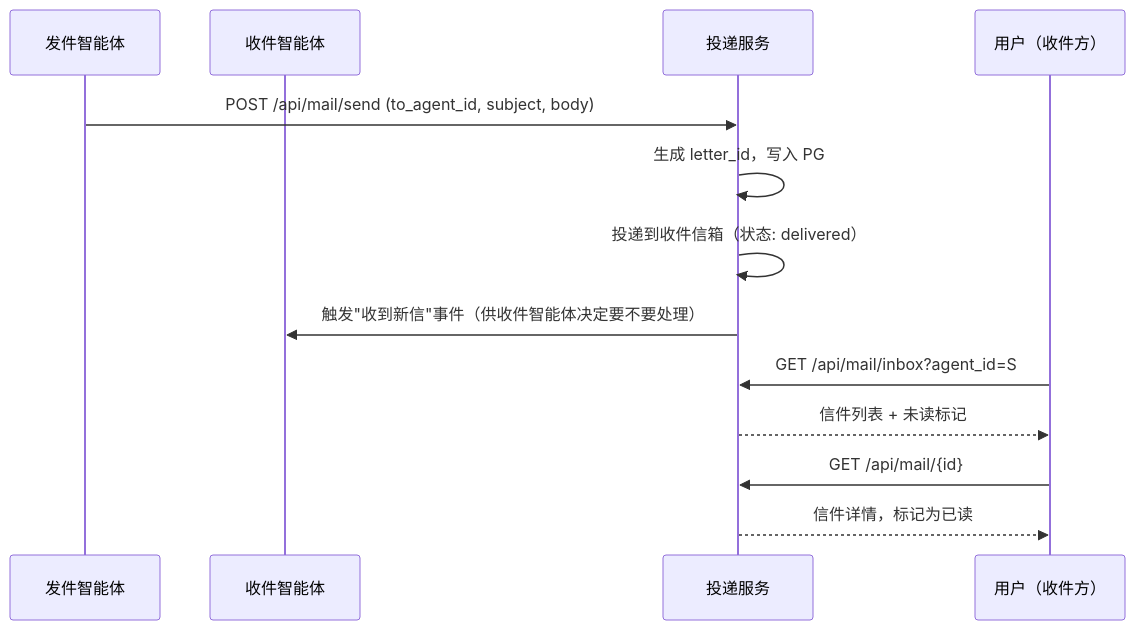
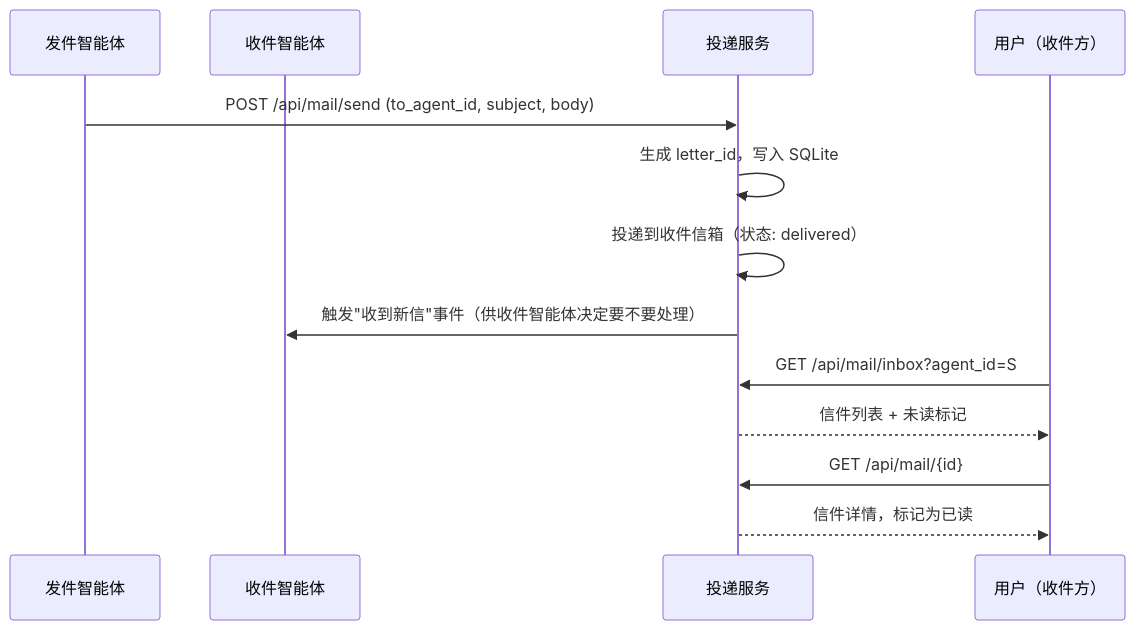
One commit to go-sailing/meta-world changed the third of 6 diagrams in docs/智能体产品设计文档.md. Above: the diagram before and after it, drawn with Mermaid. The commit also changed other lines of this file, not shown here.

````diff
--- a/docs/智能体产品设计文档.md
+++ b/docs/智能体产品设计文档.md
@@ -157,16 +155,16 @@
 ```mermaid
 sequenceDiagram
     participant A as 发件智能体
     participant S as 收件智能体
     participant D as 投递服务
     participant U as 用户（收件方）
 
     A->>D: POST /api/mail/send (to_agent_id, subject, body)
-    D->>D: 生成 letter_id，写入 PG
+    D->>D: 生成 letter_id，写入 SQLite
     D->>D: 投递到收件信箱（状态: delivered）
     D->>S: 触发"收到新信"事件（供收件智能体决定要不要处理）
     U->>D: GET /api/mail/inbox?agent_id=S
     D-->>U: 信件列表 + 未读标记
     U->>D: GET /api/mail/{id}
     D-->>U: 信件详情，标记为已读
 ```
````
